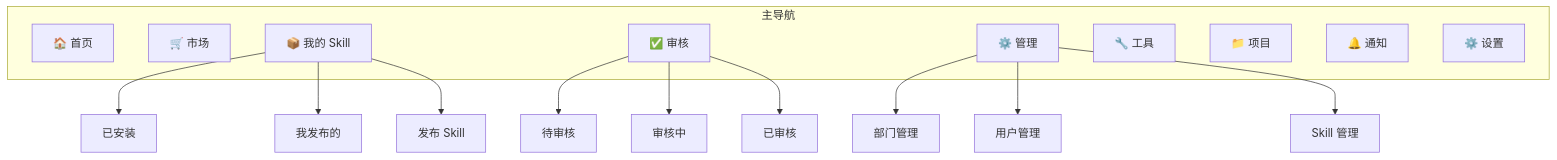
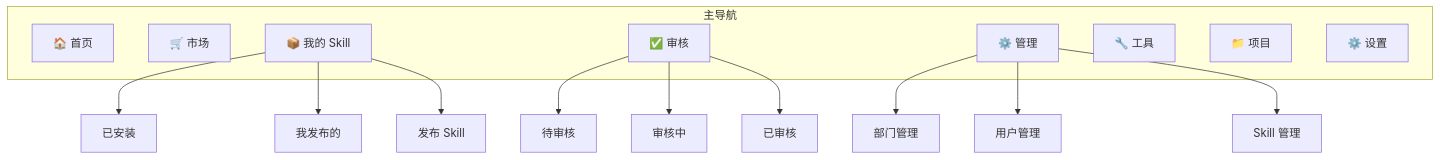
Before and after one commit to HaibinZhang1/Enterprise-Agent-Hub: the first of 3 diagrams in docs/RequirementDocument/06_page_architecture.md, drawn with Mermaid. The commit also changed other lines of this file and 44 other files, not shown here.

````diff
--- a/docs/RequirementDocument/06_page_architecture.md
+++ b/docs/RequirementDocument/06_page_architecture.md
@@ -83,26 +79,25 @@
 ```mermaid
 graph TD
     subgraph 主导航
         HOME["🏠 首页"]
         MARKET["🛒 市场"]
         MY["📦 我的 Skill"]
         REVIEW["✅ 审核"]
         MANAGE["⚙️ 管理"]
         TOOL["🔧 工具"]
         PROJECT["📁 项目"]
-        NOTIFY["🔔 通知"]
         SETTING["⚙️ 设置"]
     end
 
     MY --> MY1["已安装"]
     MY --> MY2["我发布的"]
     MY --> MY3["发布 Skill"]
 
     REVIEW --> R1["待审核"]
     REVIEW --> R2["审核中"]
     REVIEW --> R3["已审核"]
 
     MANAGE --> MG1["部门管理"]
     MANAGE --> MG2["用户管理"]
     MANAGE --> MG3["Skill 管理"]
 ```
````
